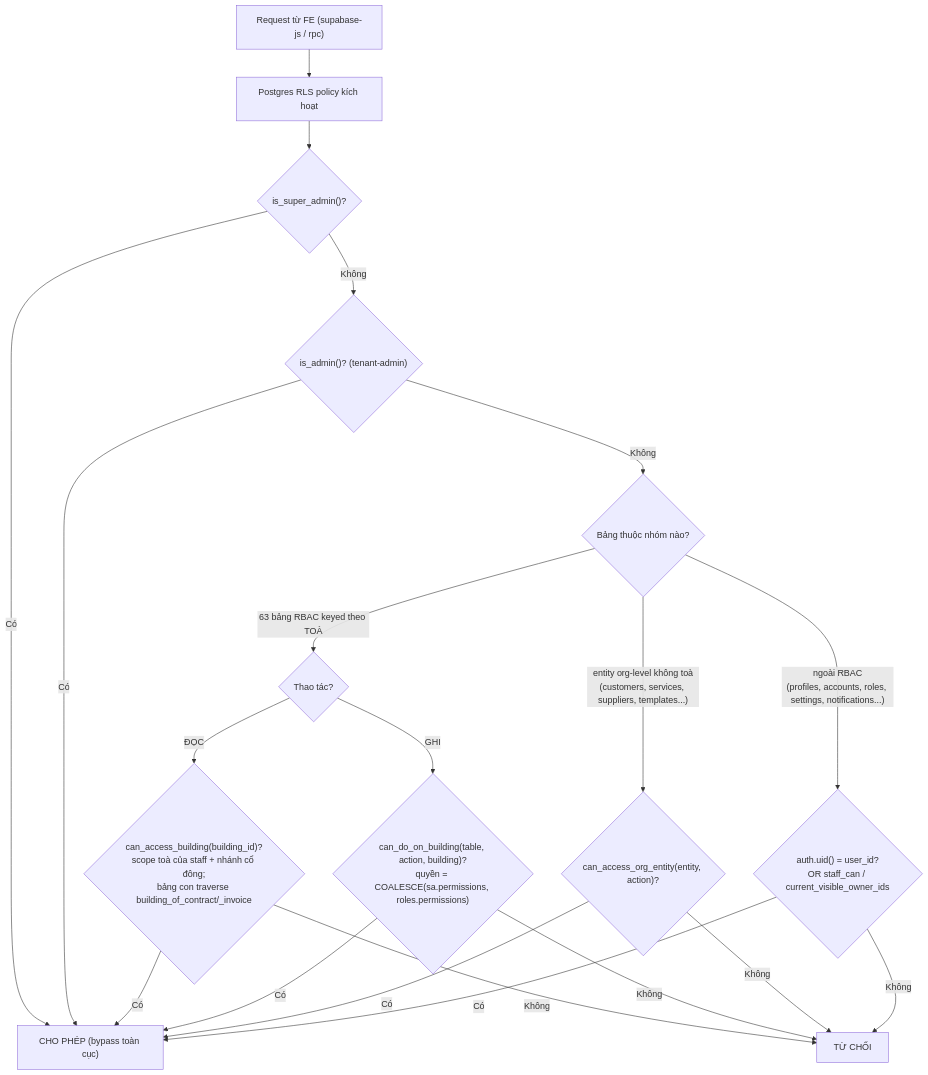
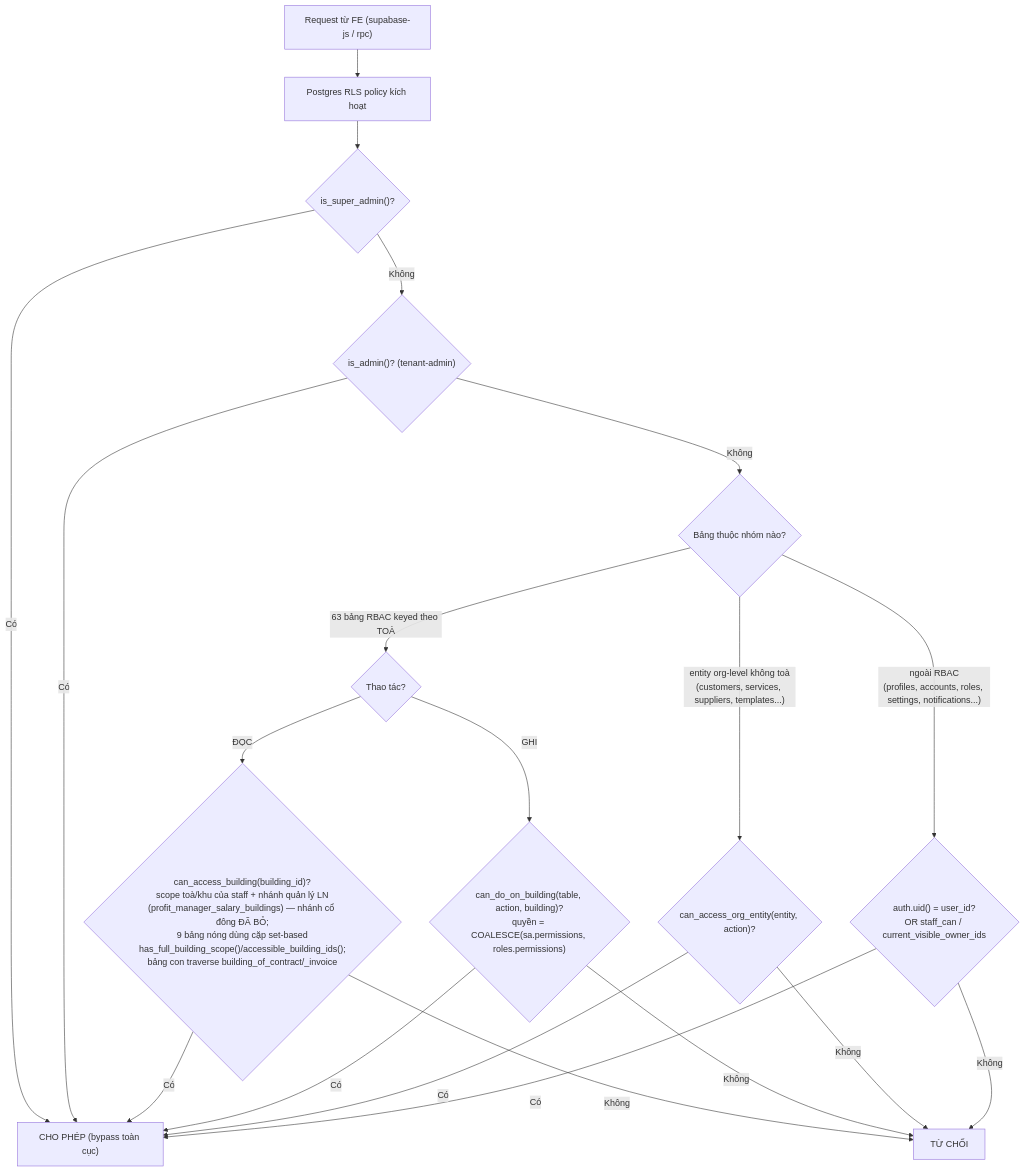
One commit to zxGreenxz/whiteboard-ihomecrm changed the second of 4 diagrams in docs/he-thong/00-tong-quan.md. Above: the diagram before and after it, drawn with Mermaid. The commit also changed other lines of this file and 20 other files, not shown here.

````diff
--- a/docs/he-thong/00-tong-quan.md
+++ b/docs/he-thong/00-tong-quan.md
@@ -102,22 +122,22 @@
 ```mermaid
 flowchart TD
   start["Request từ FE (supabase-js / rpc)"] --> rls["Postgres RLS policy kích hoạt"]
   rls --> super{"is_super_admin()?"}
   super -->|"Có"| allow["CHO PHÉP (bypass toàn cục)"]
   super -->|"Không"| admin{"is_admin()? (tenant-admin)"}
   admin -->|"Có"| allow
   admin -->|"Không"| kind{"Bảng thuộc nhóm nào?"}
   kind -->|"63 bảng RBAC keyed theo TOÀ"| op{"Thao tác?"}
-  op -->|"ĐỌC"| canread{"can_access_building(building_id)?<br/>scope toà của staff + nhánh cổ đông;<br/>bảng con traverse building_of_contract/_invoice"}
+  op -->|"ĐỌC"| canread{"can_access_building(building_id)?<br/>scope toà/khu của staff + nhánh quản lý LN<br/>(profit_manager_salary_buildings) — nhánh cổ đông ĐÃ BỎ;<br/>9 bảng nóng dùng cặp set-based<br/>has_full_building_scope()/accessible_building_ids();<br/>bảng con traverse building_of_contract/_invoice"}
   op -->|"GHI"| canwrite{"can_do_on_building(table, action, building)?<br/>quyền = COALESCE(sa.permissions, roles.permissions)"}
   kind -->|"entity org-level không toà<br/>(customers, services, suppliers, templates...)"| orgent{"can_access_org_entity(entity, action)?"}
   kind -->|"ngoài RBAC<br/>(profiles, accounts, roles, settings, notifications...)"| legacy{"auth.uid() = user_id?<br/>OR staff_can / current_visible_owner_ids"}
   canread -->|"Có"| allow
   canread -->|"Không"| deny["TỪ CHỐI"]
   canwrite -->|"Có"| allow
   canwrite -->|"Không"| deny
   orgent -->|"Có"| allow
   orgent -->|"Không"| deny
   legacy -->|"Có"| allow
   legacy -->|"Không"| deny
 ```
````
